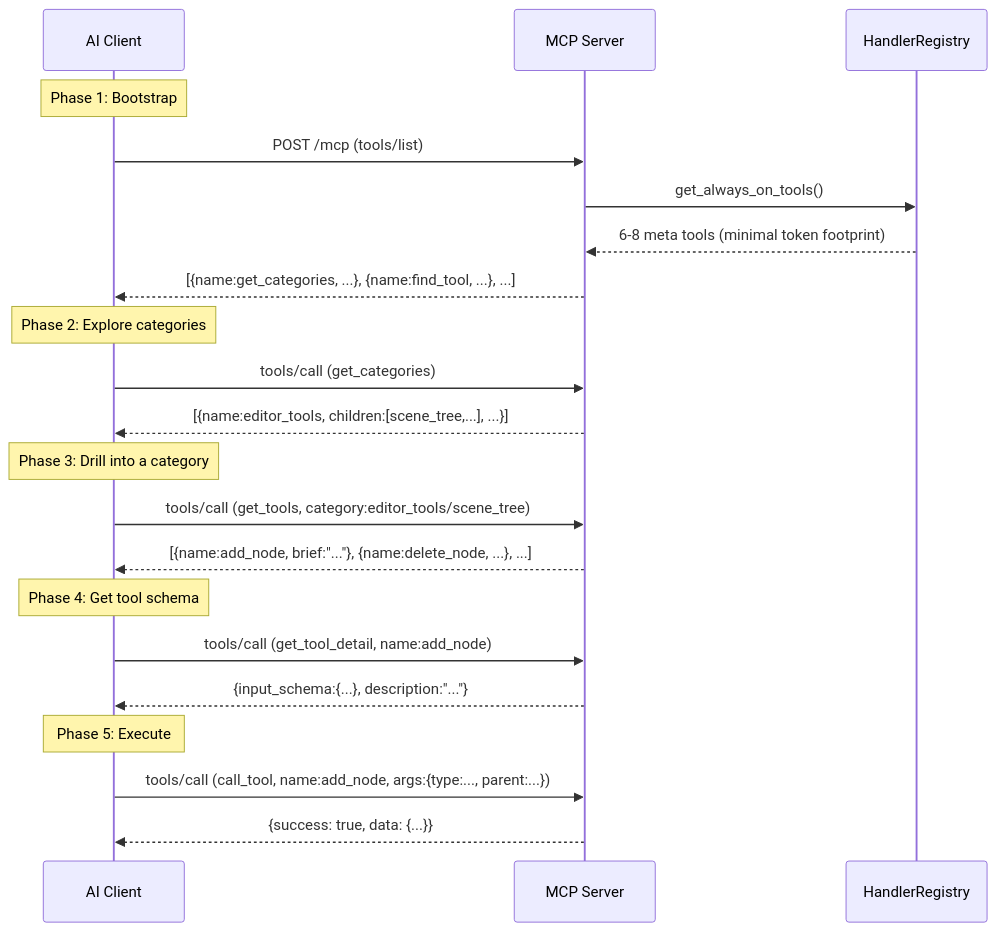
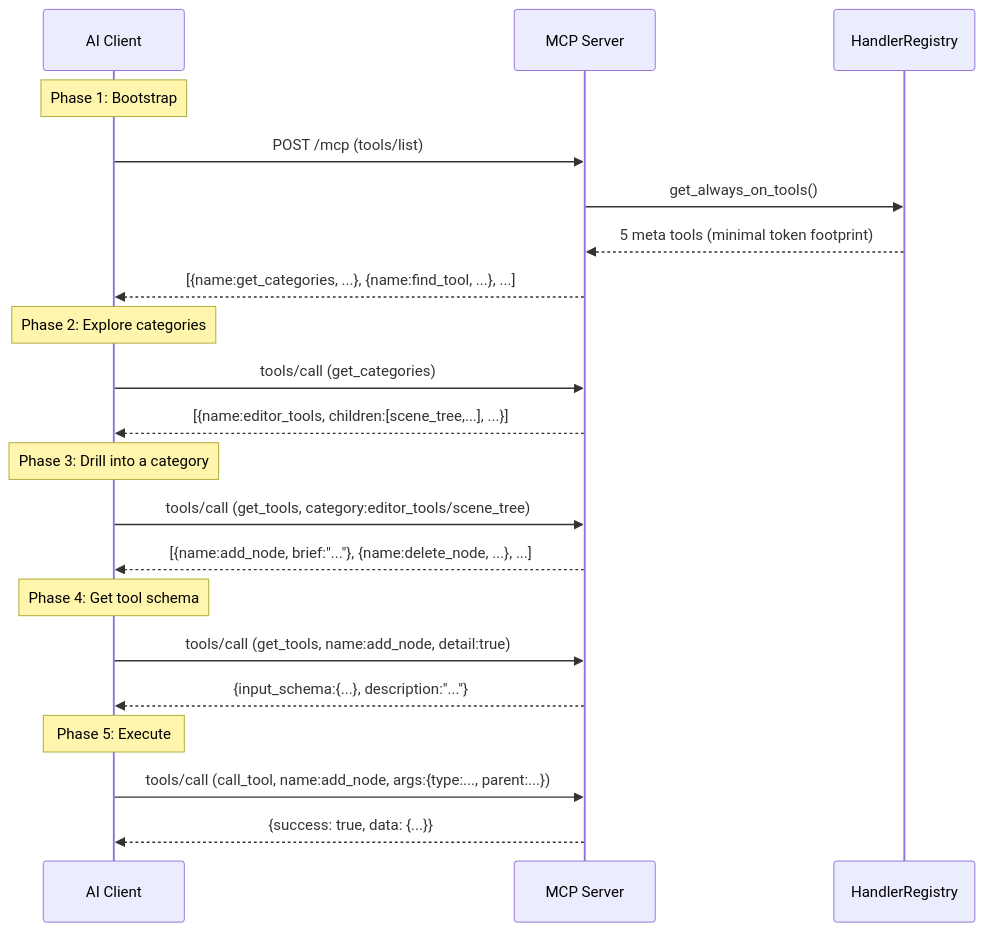
One commit to jesspig/GodotMCP-GDExtension changed the second of 5 diagrams in .repo_wiki/concepts/tool-system-architecture.md. Above: the diagram before and after it, drawn with Mermaid. The commit also changed other lines of this file and 41 other files, not shown here.

````diff
--- a/.repo_wiki/concepts/tool-system-architecture.md
+++ b/.repo_wiki/concepts/tool-system-architecture.md
@@ -137,28 +132,28 @@
 ```mermaid
 sequenceDiagram
     participant C as AI Client
     participant S as MCP Server
     participant R as HandlerRegistry
 
     Note over C: Phase 1: Bootstrap
     C->>S: POST /mcp (tools/list)
     S->>R: get_always_on_tools()
-    R-->>S: 6-8 meta tools (minimal token footprint)
+    R-->>S: 5 meta tools (minimal token footprint)
     S-->>C: [{name:get_categories, ...}, {name:find_tool, ...}, ...]
 
     Note over C: Phase 2: Explore categories
     C->>S: tools/call (get_categories)
     S-->>C: [{name:editor_tools, children:[scene_tree,...], ...}]
 
     Note over C: Phase 3: Drill into a category
     C->>S: tools/call (get_tools, category:editor_tools/scene_tree)
     S-->>C: [{name:add_node, brief:"..."}, {name:delete_node, ...}, ...]
 
     Note over C: Phase 4: Get tool schema
-    C->>S: tools/call (get_tool_detail, name:add_node)
+    C->>S: tools/call (get_tools, name:add_node, detail:true)
     S-->>C: {input_schema:{...}, description:"..."}
 
     Note over C: Phase 5: Execute
     C->>S: tools/call (call_tool, name:add_node, args:{type:..., parent:...})
     S-->>C: {success: true, data: {...}}
 ```
````
